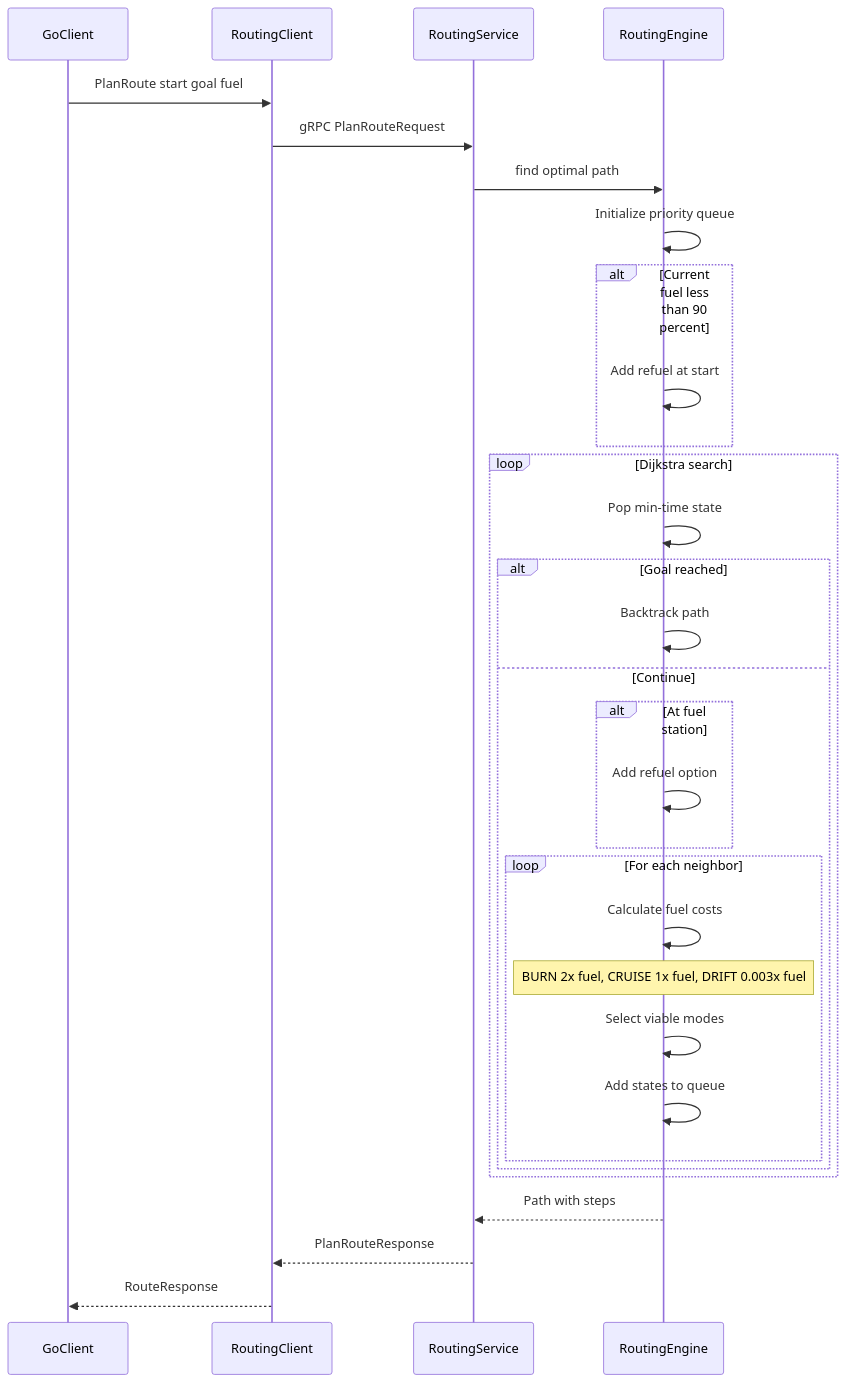
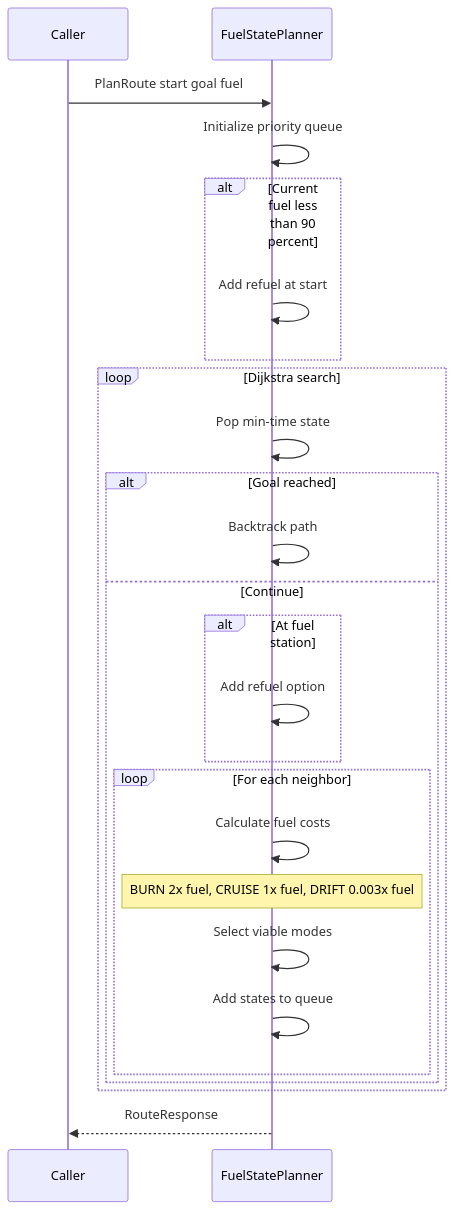
One commit to acdtunes/spacetraders changed diagram 20 of 23 in gobot/docs/ARCHITECTURE.md. Above: the diagram before and after it, drawn with Mermaid. The commit also changed other lines of this file and 20 other files, not shown here.

Commit message:
feat(routing): plan routes in-process and retire the PlanRoute RPC (sp-wwlhb)

````diff
--- a/gobot/docs/ARCHITECTURE.md
+++ b/gobot/docs/ARCHITECTURE.md
@@ -960,40 +943,33 @@
 ```mermaid
 sequenceDiagram
-    participant Go as GoClient
-    participant RC as RoutingClient
-    participant RS as RoutingService
-    participant RE as RoutingEngine
+    participant Go as Caller
+    participant FP as FuelStatePlanner
 
-    Go->>RC: PlanRoute start goal fuel
-    RC->>RS: gRPC PlanRouteRequest
-    RS->>RE: find optimal path
-
-    RE->>RE: Initialize priority queue
+    Go->>FP: PlanRoute start goal fuel
+    FP->>FP: Initialize priority queue
 
     alt Current fuel less than 90 percent
-        RE->>RE: Add refuel at start
+        FP->>FP: Add refuel at start
     end
 
     loop Dijkstra search
-        RE->>RE: Pop min-time state
+        FP->>FP: Pop min-time state
 
         alt Goal reached
-            RE->>RE: Backtrack path
+            FP->>FP: Backtrack path
         else Continue
             alt At fuel station
-                RE->>RE: Add refuel option
+                FP->>FP: Add refuel option
             end
 
             loop For each neighbor
-                RE->>RE: Calculate fuel costs
-                Note over RE: BURN 2x fuel, CRUISE 1x fuel, DRIFT 0.003x fuel
-                RE->>RE: Select viable modes
-                RE->>RE: Add states to queue
+                FP->>FP: Calculate fuel costs
+                Note over FP: BURN 2x fuel, CRUISE 1x fuel, DRIFT 0.003x fuel
+                FP->>FP: Select viable modes
+                FP->>FP: Add states to queue
             end
         end
     end
 
-    RE-->>RS: Path with steps
-    RS-->>RC: PlanRouteResponse
-    RC-->>Go: RouteResponse
+    FP-->>Go: RouteResponse
 ```
````
